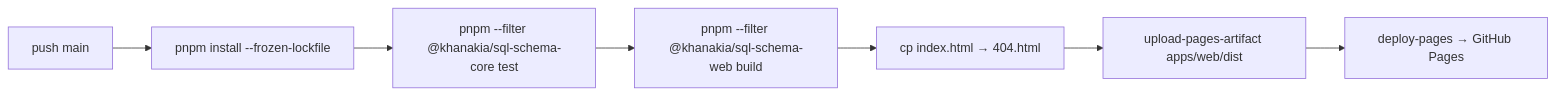
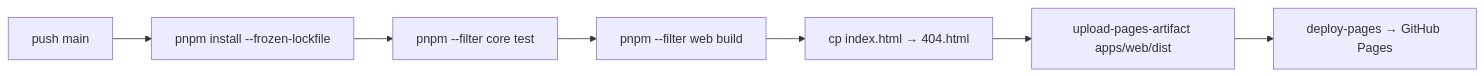
Before and after one commit to khanakia/sql-schema-visualizer: the second of 2 diagrams in apps/web/README.md, drawn with Mermaid. The commit also changed other lines of this file and 4 other files, not shown here.

Commit message:
docs: fix Mermaid diagrams — quote node labels, <br/> not \n, no bare parens (GitHub render error)

````diff
--- a/apps/web/README.md
+++ b/apps/web/README.md
@@ -45,9 +45,9 @@
 ```mermaid
 flowchart LR
-  P[push main] --> I[pnpm install --frozen-lockfile]
-  I --> T[pnpm --filter @khanakia/sql-schema-core test]
-  T --> B[pnpm --filter @khanakia/sql-schema-web build]
-  B --> F[cp index.html → 404.html]
-  F --> UP[upload-pages-artifact apps/web/dist]
-  UP --> D[deploy-pages → GitHub Pages]
+  P["push main"] --> I["pnpm install --frozen-lockfile"]
+  I --> T["pnpm --filter core test"]
+  T --> B["pnpm --filter web build"]
+  B --> F["cp index.html → 404.html"]
+  F --> UP["upload-pages-artifact apps/web/dist"]
+  UP --> D["deploy-pages → GitHub Pages"]
 ```
````
